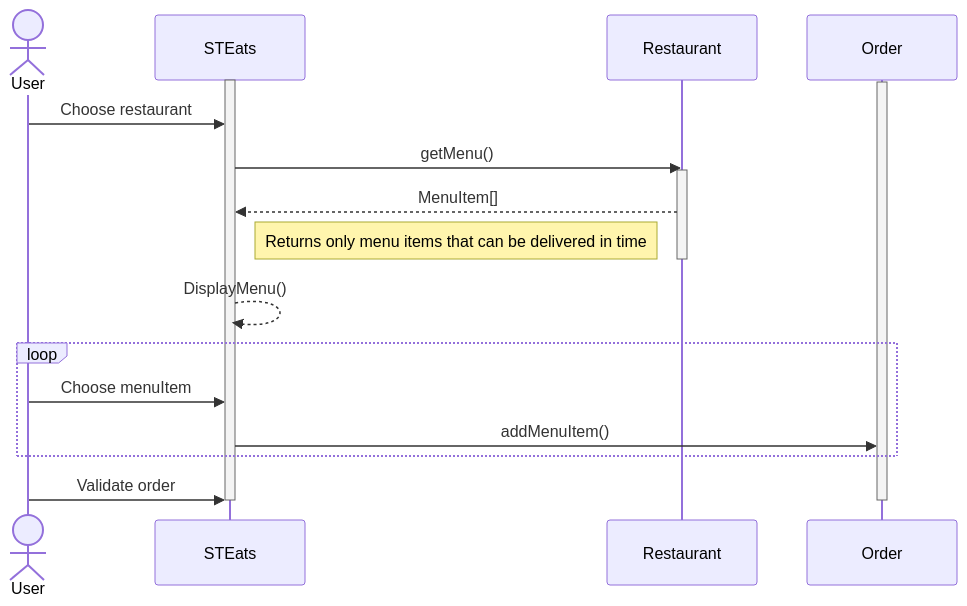
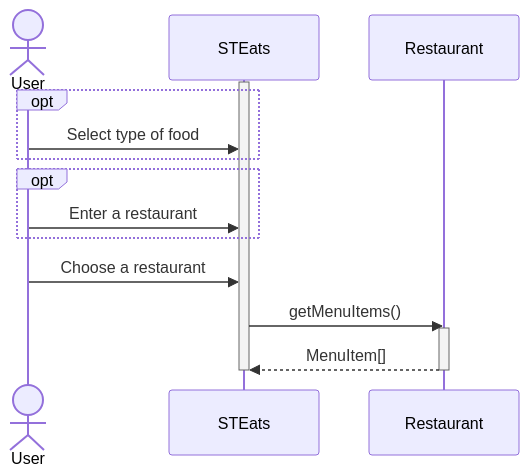
Before and after one commit to Other-Project/SI4-STEats: the fourth of 4 diagrams in doc/uml.md, drawn with Mermaid. The commit also changed other lines of this file, not shown here.

Commit message:
docs : Update uml.md

````diff
--- a/doc/uml.md
+++ b/doc/uml.md
@@ -146,20 +181,17 @@
 ```mermaid
 sequenceDiagram
     actor User
     activate STEats
-    activate Order
-    User->>STEats:Choose restaurant
-    STEats->>Restaurant: getMenu()
+    opt 
+        User ->> STEats : Select type of food
+    end
+    opt 
+        User ->> STEats : Enter a restaurant
+    end
+    User->> STEats : Choose a restaurant
+    STEats->>Restaurant : getMenuItems()
     activate Restaurant
-    Restaurant-->>STEats: MenuItem[]
-    note right of STEats : Returns only menu items that can be delivered in time
+    Restaurant-->>STEats : MenuItem[]
     deactivate Restaurant
-    STEats-->>STEats: DisplayMenu()
-    loop
-        User->>STEats:Choose menuItem
-        STEats->>Order:addMenuItem()
-    end
-    User->>STEats:Validate order
-    deactivate Order
     deactivate STEats
 ```
````
